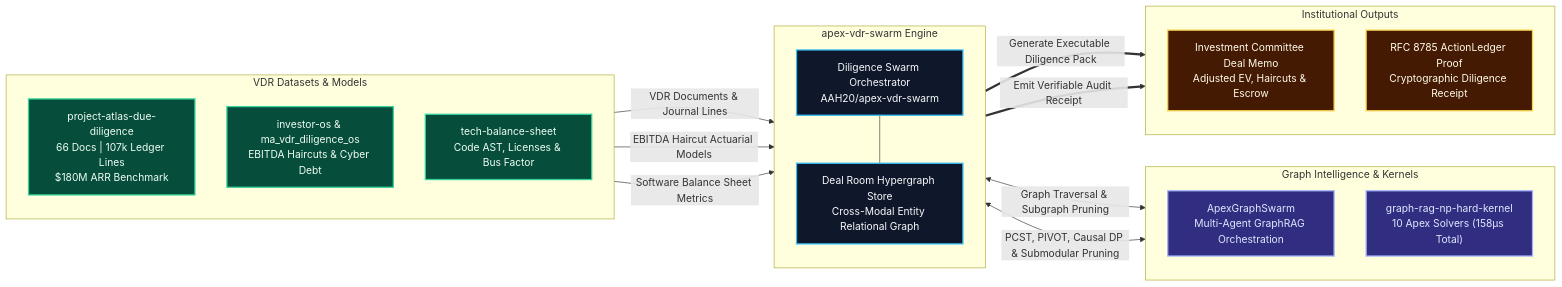
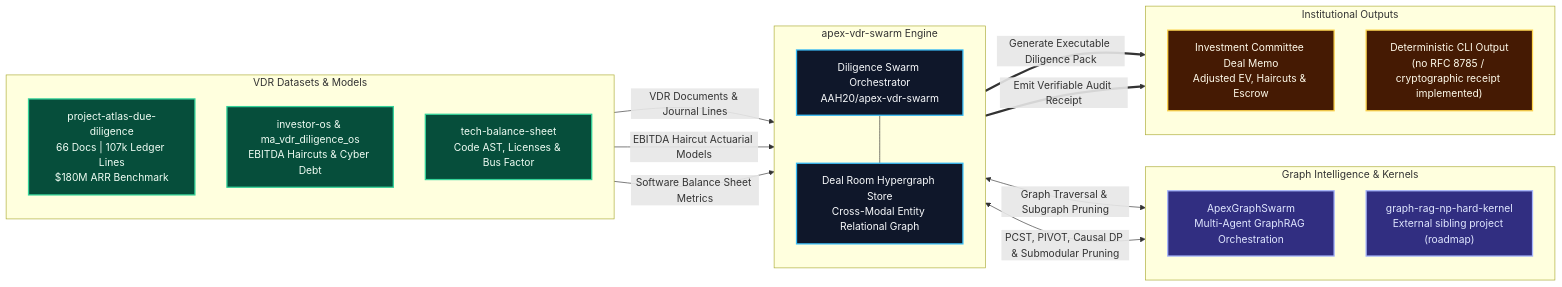
The second of 3 diagrams in README.md (AAH20/apex-vdr-swarm), drawn with Mermaid before and after one commit. The commit also changed other lines of this file and 1 other file, not shown here.

````diff
--- a/README.md
+++ b/README.md
@@ -105,52 +105,52 @@
 ```mermaid
 flowchart LR
     %% ==========================================
     %% AAH20 PORTFOLIO INTEGRATION BUS
     %% ==========================================
 
     subgraph Diligence_Data ["VDR Datasets & Models"]
         direction TB
         ATLAS_VDR["project-atlas-due-diligence<br/>66 Docs | 107k Ledger Lines<br/>$180M ARR Benchmark"]
         INVESTOR_OS["investor-os & ma_vdr_diligence_os<br/>EBITDA Haircuts & Cyber Debt"]
         TECH_BS["tech-balance-sheet<br/>Code AST, Licenses & Bus Factor"]
     end
 
     subgraph Core_Engine ["apex-vdr-swarm Engine"]
         direction TB
         VDR_HUB["Diligence Swarm Orchestrator<br/>AAH20/apex-vdr-swarm"]
         HYPERGRAPH["Deal Room Hypergraph Store<br/>Cross-Modal Entity Relational Graph"]
         VDR_HUB --- HYPERGRAPH
     end
 
     subgraph Graph_Solvers ["Graph Intelligence & Kernels"]
         direction TB
         APEX_GRAPH["ApexGraphSwarm<br/>Multi-Agent GraphRAG Orchestration"]
-        NP_KERNELS["graph-rag-np-hard-kernel<br/>10 Apex Solvers (158µs Total)"]
+        NP_KERNELS["graph-rag-np-hard-kernel<br/>External sibling project (roadmap)"]
     end
 
     subgraph Deliverables ["Institutional Outputs"]
         direction TB
         IC_MEMO["Investment Committee Deal Memo<br/>Adjusted EV, Haircuts & Escrow"]
-        AUDIT_TRAIL["RFC 8785 ActionLedger Proof<br/>Cryptographic Diligence Receipt"]
+        AUDIT_TRAIL["Deterministic CLI Output<br/>(no RFC 8785 / cryptographic receipt implemented)"]
     end
 
     ATLAS_VDR -->|"VDR Documents & Journal Lines"| VDR_HUB
     INVESTOR_OS -->|"EBITDA Haircut Actuarial Models"| VDR_HUB
     TECH_BS -->|"Software Balance Sheet Metrics"| VDR_HUB
 
     VDR_HUB <-->|"Graph Traversal & Subgraph Pruning"| APEX_GRAPH
     VDR_HUB <-->|"PCST, PIVOT, Causal DP & Submodular Pruning"| NP_KERNELS
 
     VDR_HUB ==>|"Generate Executable Diligence Pack"| IC_MEMO
     VDR_HUB ==>|"Emit Verifiable Audit Receipt"| AUDIT_TRAIL
 
     classDef dataStyle fill:#064e3b,stroke:#34d399,stroke-width:2px,color:#f0fdf4;
     classDef hubStyle fill:#0f172a,stroke:#38bdf8,stroke-width:2px,color:#f8fafc;
     classDef graphStyle fill:#312e81,stroke:#a5b4fc,stroke-width:2px,color:#e0e7ff;
     classDef outStyle fill:#451a03,stroke:#fcd34d,stroke-width:2px,color:#fffbeb;
 
     class ATLAS_VDR,INVESTOR_OS,TECH_BS dataStyle;
     class VDR_HUB,HYPERGRAPH hubStyle;
     class APEX_GRAPH,NP_KERNELS graphStyle;
     class IC_MEMO,AUDIT_TRAIL outStyle;
 ```
````
